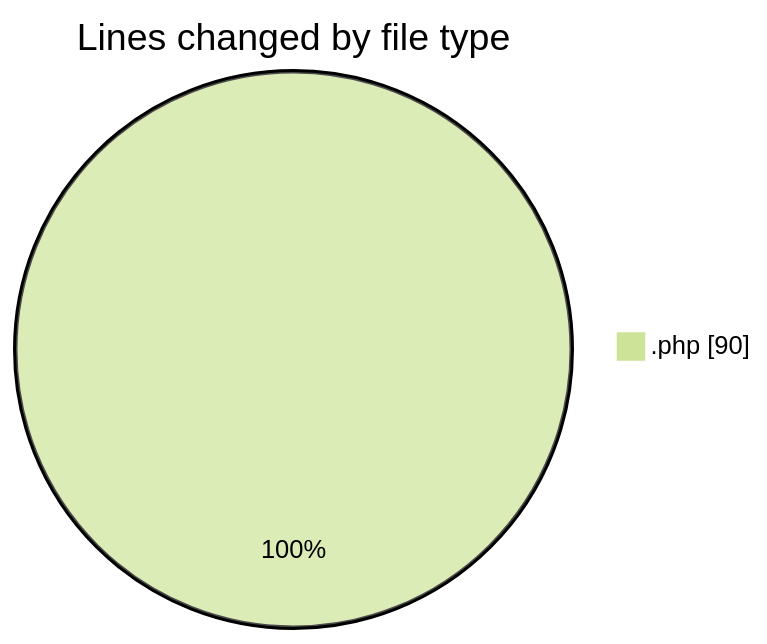
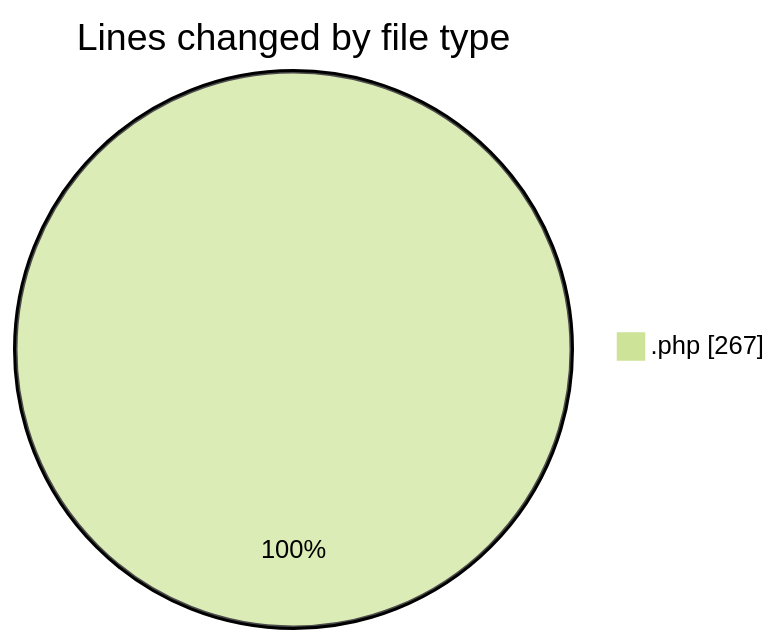
One commit to debugP/code-tracking changed the first of 2 diagrams in 2025-09-30/untitled__workspace_/README.md. Above: the diagram before and after it, drawn with Mermaid (forest theme). The commit also changed other lines of this file and 1 other file, not shown here.

````diff
--- a/2025-09-30/untitled__workspace_/README.md
+++ b/2025-09-30/untitled__workspace_/README.md
@@ -20,5 +21,5 @@
 ```mermaid
 pie showData
 title Lines changed by file type
-".php" : 90
+".php" : 267
 ```
````
